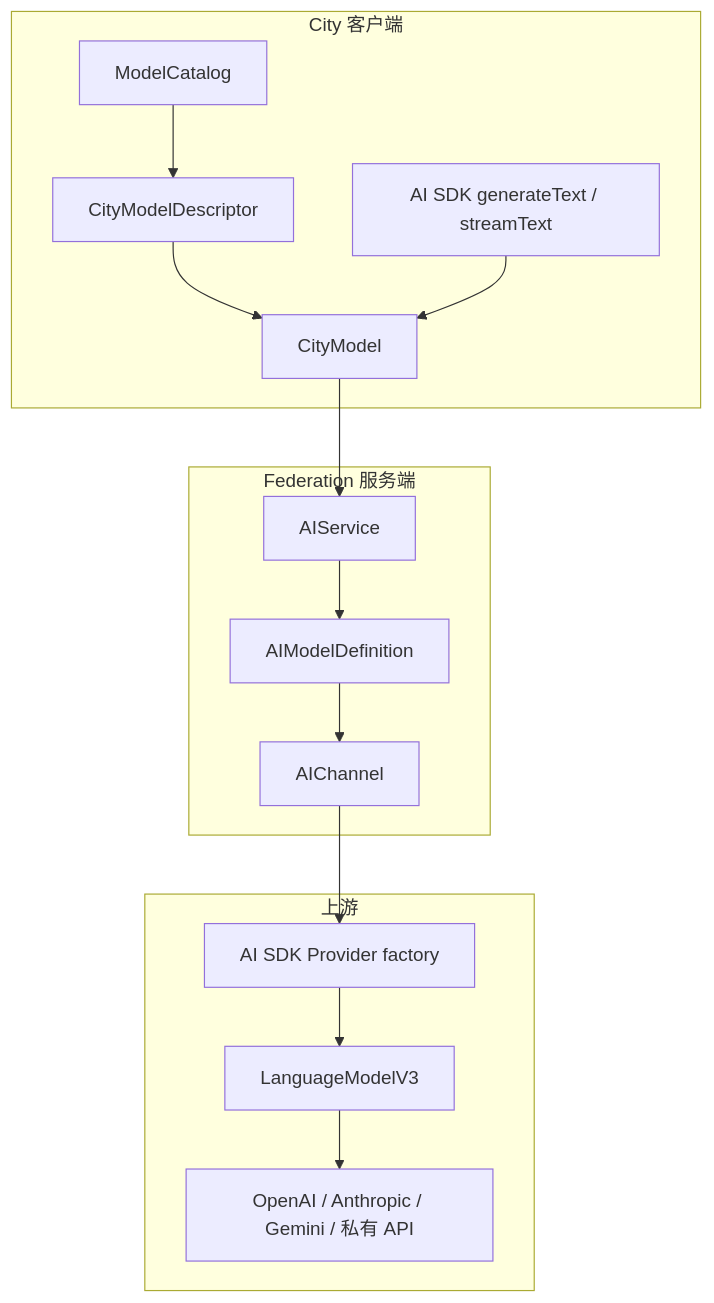
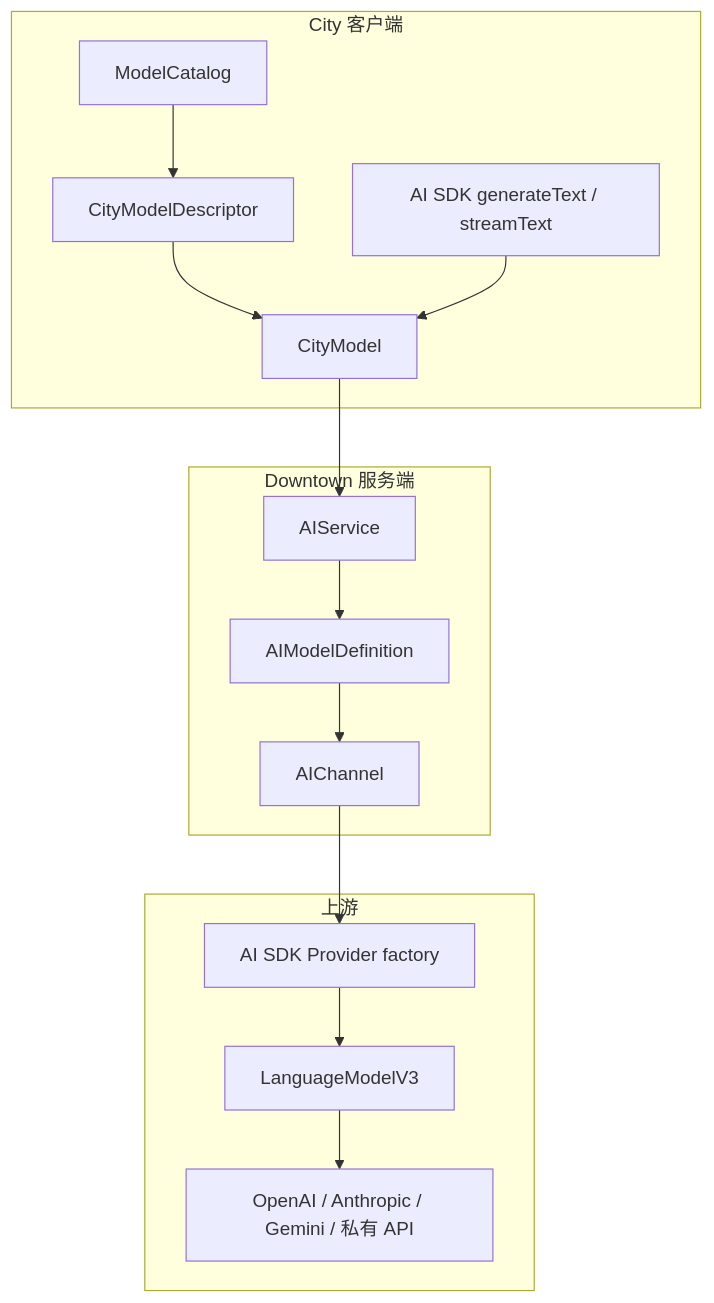
The second of 5 diagrams in docs/city-ai-channel-city-model-prd.md (genesiscosmos/downcity), drawn with Mermaid before and after one commit. The commit also changed other lines of this file and 646 other files, not shown here.

````diff
--- a/docs/city-ai-channel-city-model-prd.md
+++ b/docs/city-ai-channel-city-model-prd.md
@@ -240,31 +240,31 @@
 ```mermaid
 flowchart TD
   subgraph Client["City 客户端"]
     Catalog["ModelCatalog"]
     Descriptor["CityModelDescriptor"]
     CityModel["CityModel"]
     AISDKClient["AI SDK generateText / streamText"]
   end
 
-  subgraph Federation["Federation 服务端"]
+  subgraph Downtown["Downtown 服务端"]
     AIService["AIService"]
     Definition["AIModelDefinition"]
     Channel["AIChannel"]
   end
 
   subgraph Upstream["上游"]
     Factory["AI SDK Provider factory"]
     Model["LanguageModelV3"]
     API["OpenAI / Anthropic / Gemini / 私有 API"]
   end
 
   Catalog --> Descriptor
   Descriptor --> CityModel
   AISDKClient --> CityModel
   CityModel --> AIService
   AIService --> Definition
   Definition --> Channel
   Channel --> Factory
   Factory --> Model
   Model --> API
 ```
````
